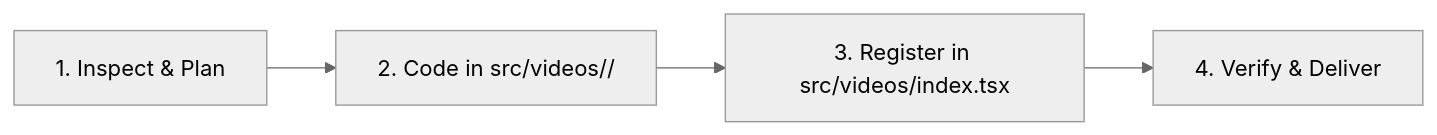
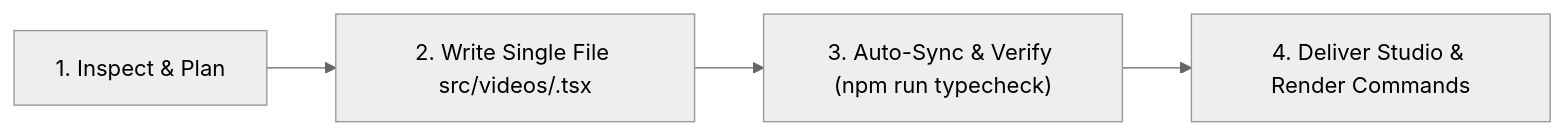
One commit to RiadDeveloper/motion-animation changed the diagram in .agents/skills/SKILL.md. Above: the diagram before and after it, drawn with Mermaid (neutral theme). The commit also changed other lines of this file and 42 other files, not shown here.

````diff
--- a/.agents/skills/SKILL.md
+++ b/.agents/skills/SKILL.md
@@ -36,6 +36,6 @@
 ```mermaid
 flowchart LR
-    A["1. Inspect & Plan"] --> B["2. Code in src/videos/<project>/"]
-    B --> C["3. Register in src/videos/index.tsx"]
-    C --> D["4. Verify & Deliver"]
+    A["1. Inspect & Plan"] --> B["2. Write Single File src/videos/<project>.tsx"]
+    B --> C["3. Auto-Sync & Verify (npm run typecheck)"]
+    C --> D["4. Deliver Studio & Render Commands"]
 ```
````
